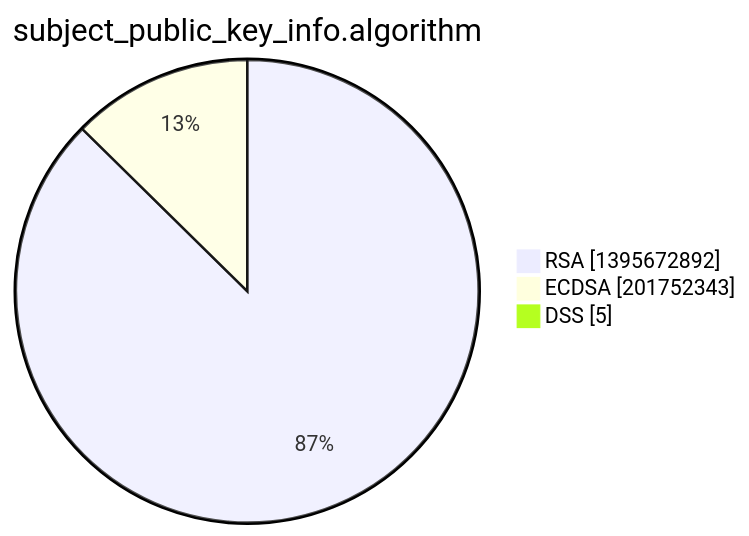
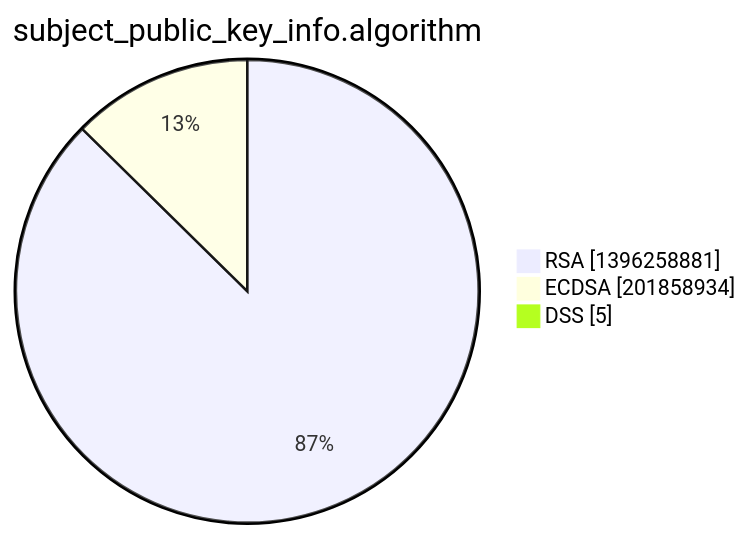
The third of 15 diagrams in xenon2022/README.md (christiankrug/ctmonitor_visualization), drawn with Mermaid before and after one commit. The commit also changed other lines of this file, not shown here.

````diff
--- a/xenon2022/README.md
+++ b/xenon2022/README.md
@@ -14,7 +14,7 @@
 ```mermaid
 pie showData
 title subject_public_key_info.algorithm
-"RSA" :1395672892
-"ECDSA" :201752343
+"RSA" :1396258881
+"ECDSA" :201858934
 "DSS" :5
 ```
````
